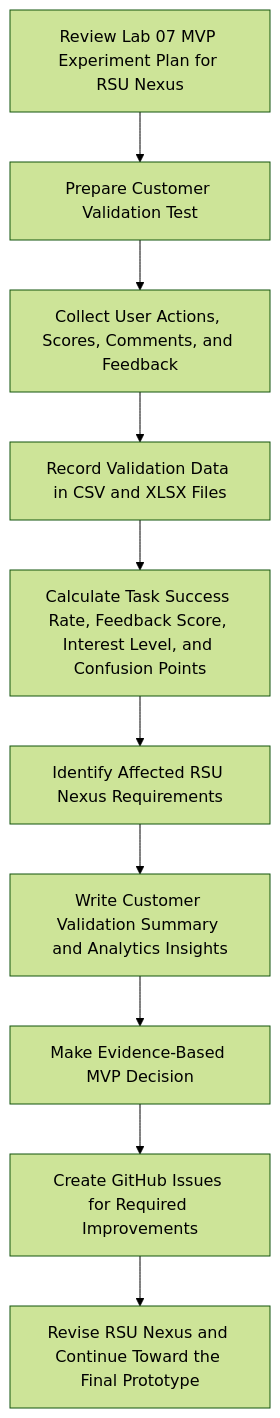
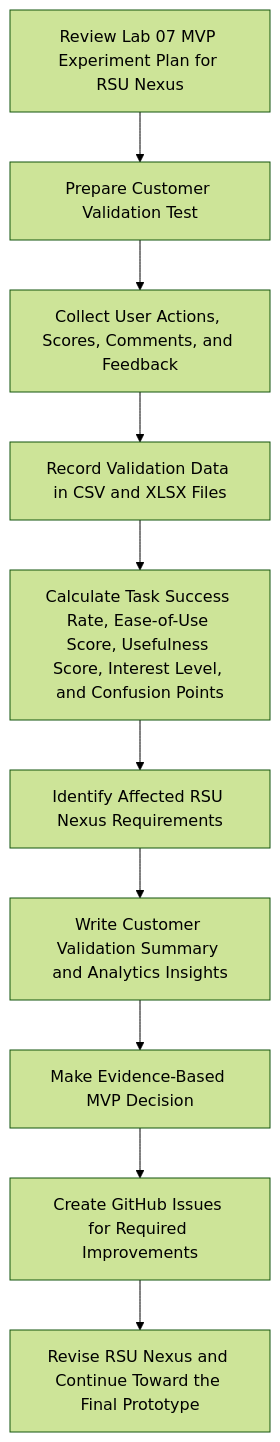
One commit to arkarmoeandrew/ICT105-Quartet-MVP changed the diagram in diagrams/validation-result-flow.md. Above: the diagram before and after it, drawn with Mermaid (forest theme). The commit also changed 26 other files, not shown here.

````diff
--- a/diagrams/validation-result-flow.md
+++ b/diagrams/validation-result-flow.md
@@ -1,12 +1,12 @@
 ```mermaid
 flowchart TD
     A["Review Lab 07 MVP Experiment Plan for RSU Nexus"] --> B["Prepare Customer Validation Test"]
     B --> C["Collect User Actions, Scores, Comments, and Feedback"]
     C --> D["Record Validation Data in CSV and XLSX Files"]
-    D --> E["Calculate Task Success Rate, Feedback Score, Interest Level, and Confusion Points"]
+    D --> E["Calculate Task Success Rate, Ease-of-Use Score, Usefulness Score, Interest Level, and Confusion Points"]
     E --> F["Identify Affected RSU Nexus Requirements"]
     F --> G["Write Customer Validation Summary and Analytics Insights"]
     G --> H["Make Evidence-Based MVP Decision"]
     H --> I["Create GitHub Issues for Required Improvements"]
     I --> J["Revise RSU Nexus and Continue Toward the Final Prototype"]
 ```
````
